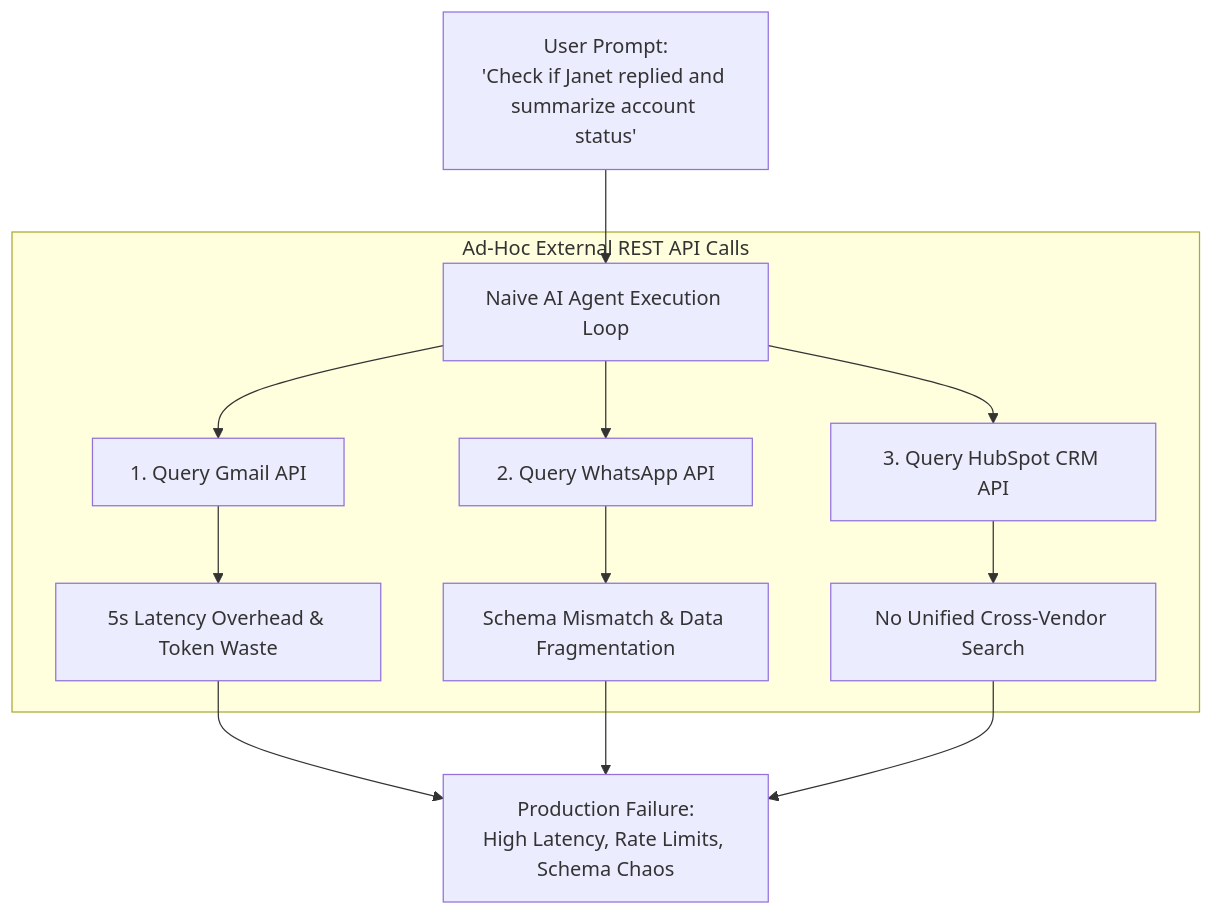
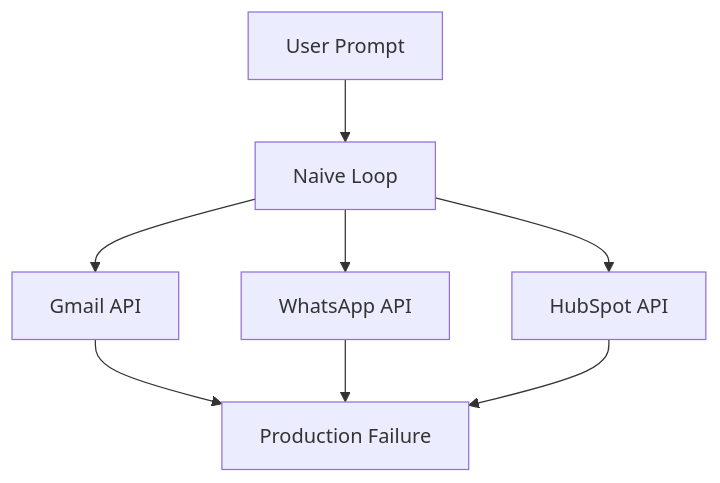
Before and after one commit to ohadleshno/ohad-leshno-blog: the first of 6 diagrams in content/tech-blog/en/building-an-effective-context-layer-part-3.md, drawn with Mermaid. The commit also changed other lines of this file and 7 other files, not shown here.

````diff
--- a/content/tech-blog/en/building-an-effective-context-layer-part-3.md
+++ b/content/tech-blog/en/building-an-effective-context-layer-part-3.md
@@ -45,14 +47,12 @@
 ```mermaid
 flowchart TD
-    Prompt["User Prompt:<br/>'Check if Janet replied and summarize account status'"] --> Agent["Naive AI Agent Execution Loop"]
+    Prompt["User Prompt"] --> Agent["Naive Loop"]
     
-    subgraph Vendors["Ad-Hoc External REST API Calls"]
-        Agent --> G["1. Query Gmail API"] --> G_Err["5s Latency Overhead & Token Waste"]
-        Agent --> W["2. Query WhatsApp API"] --> W_Err["Schema Mismatch & Data Fragmentation"]
-        Agent --> C["3. Query HubSpot CRM API"] --> C_Err["No Unified Cross-Vendor Search"]
-    end
+    Agent --> G["Gmail API"]
+    Agent --> W["WhatsApp API"]
+    Agent --> C["HubSpot API"]
     
-    G_Err --> Fail["Production Failure:<br/>High Latency, Rate Limits, Schema Chaos"]
-    W_Err --> Fail
-    C_Err --> Fail
+    G --> Fail["Production Failure"]
+    W --> Fail
+    C --> Fail
 ```
````
